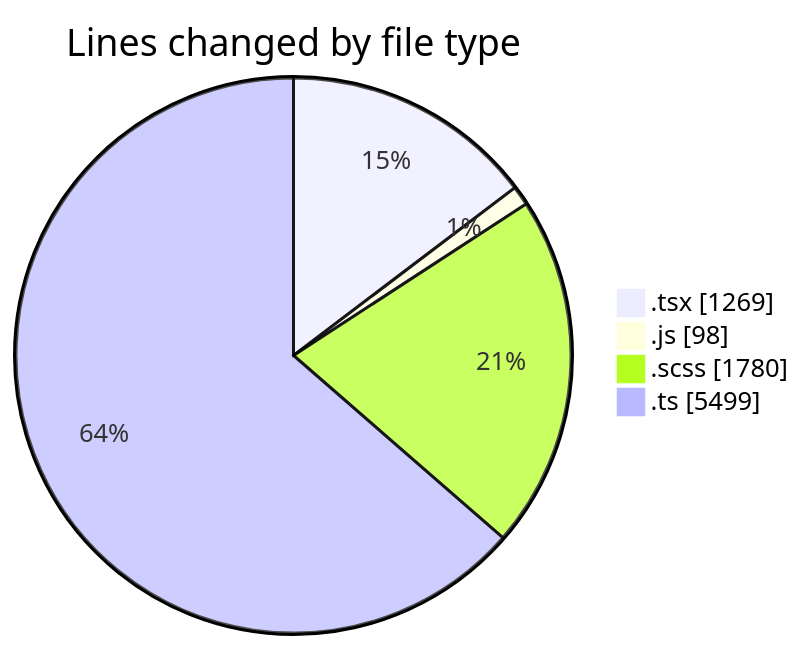
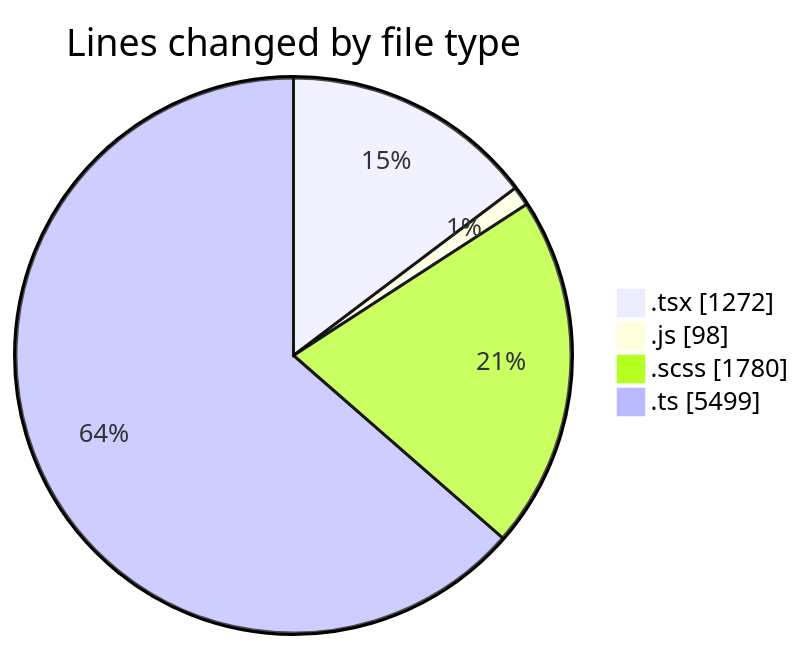
Before and after one commit to momahboobian/code-tracking: the first of 2 diagrams in 2025-03-31/cda/README.md, drawn with Mermaid. The commit also changed other lines of this file and 1 other file, not shown here.

````diff
--- a/2025-03-31/cda/README.md
+++ b/2025-03-31/cda/README.md
@@ -39,8 +39,8 @@
 ```mermaid
 pie showData
 title Lines changed by file type
-".tsx" : 1269
+".tsx" : 1272
 ".js" : 98
 ".scss" : 1780
 ".ts" : 5499
 ```
````
